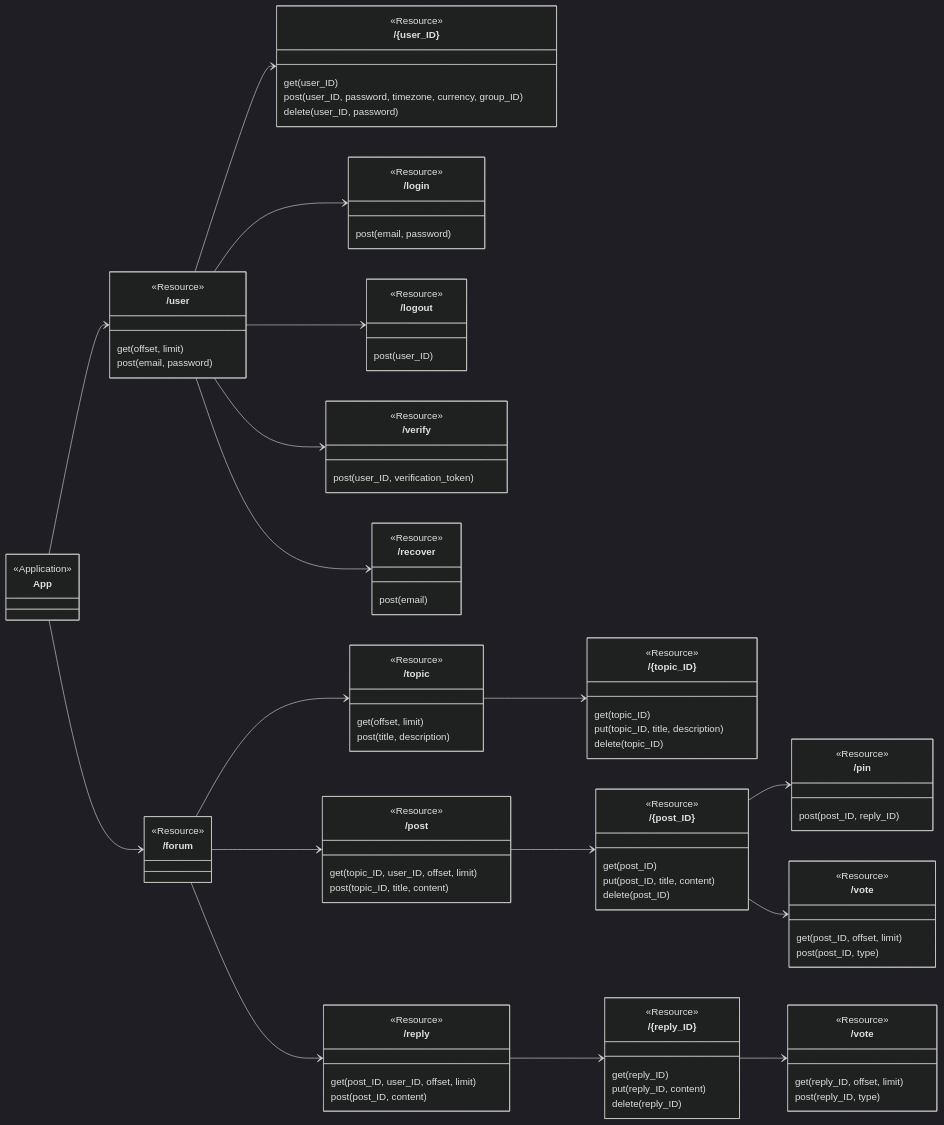
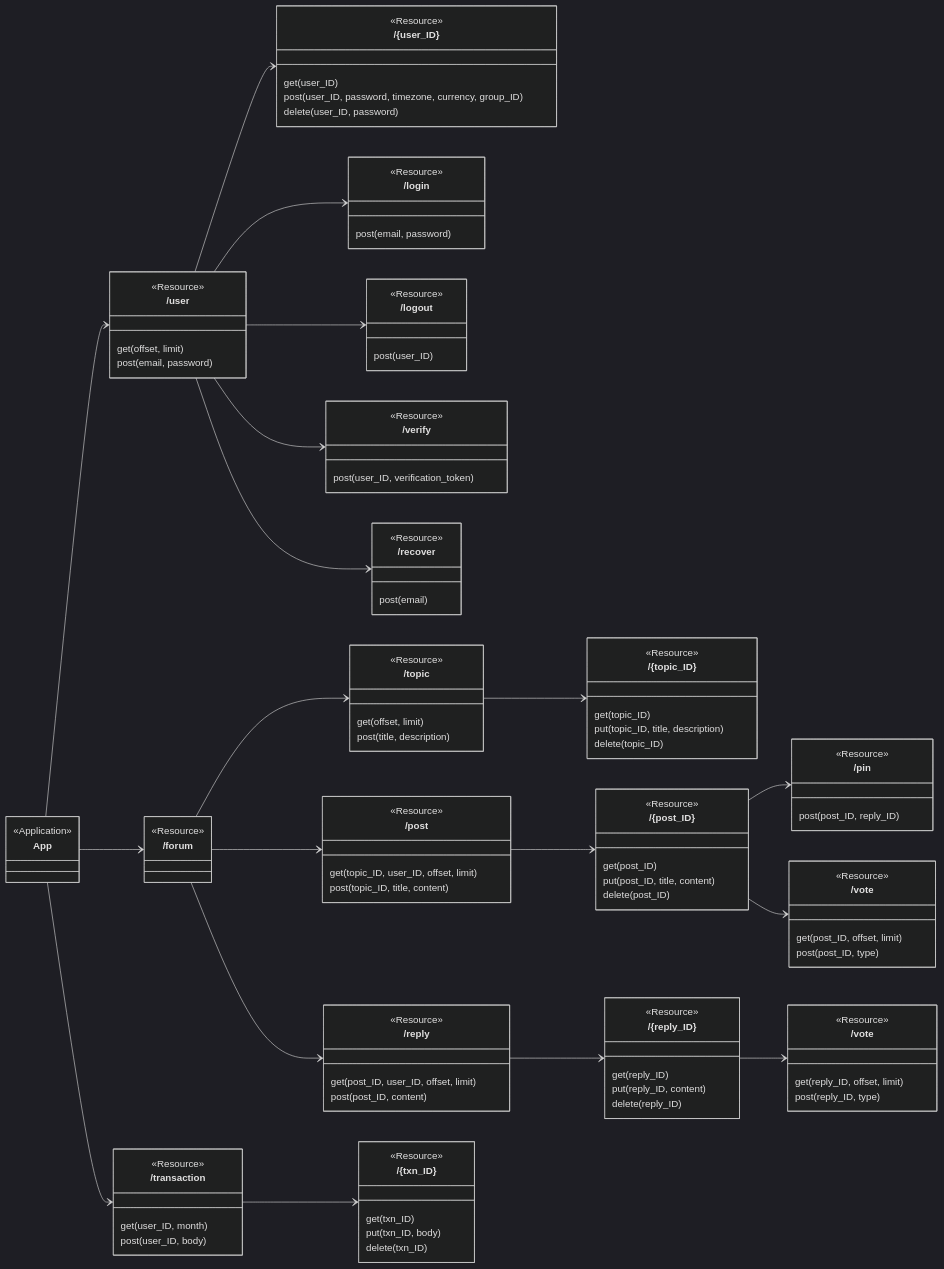
One commit to azwan082/azwan082 changed the diagram in sandbox/api.md. Above: the diagram before and after it, drawn with Mermaid.

Commit message:
add transaction endpoint

````diff
--- a/sandbox/api.md
+++ b/sandbox/api.md
@@ -117,4 +117,20 @@
 Forum --> Reply
 Reply --> Reply_ID
 Reply_ID --> Reply_vote 
+
+class Transaction["/transaction"] {
+    <<Resource>>
+    get(user_ID, month)
+    post(user_ID, body)
+}
+
+class Transaction_ID["/{txn_ID}"] {
+    <<Resource>>
+    get(txn_ID)
+    put(txn_ID, body)
+    delete(txn_ID)
+}
+
+App --> Transaction
+Transaction --> Transaction_ID
 ```
````
